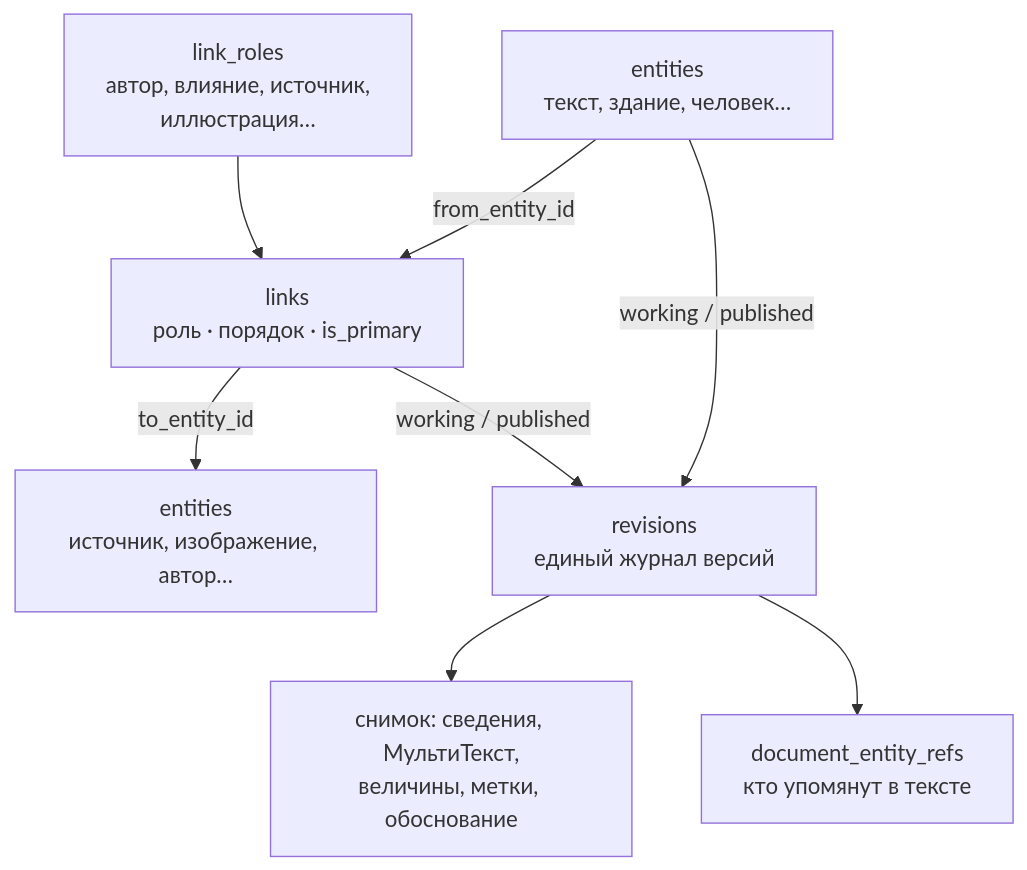
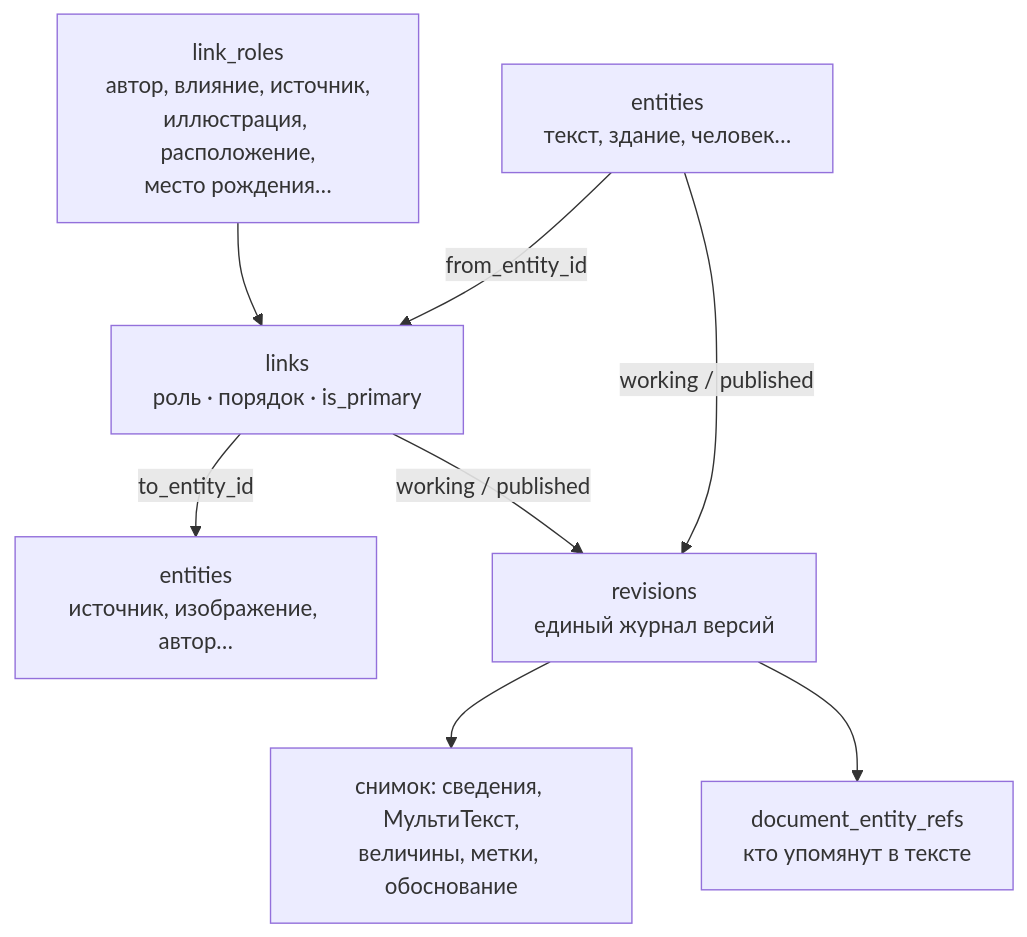
One commit to softom/2vhutemas2 changed the second of 3 diagrams in WIKI/Схема данных — единая диаграмма.md. Above: the diagram before and after it, drawn with Mermaid. The commit also changed other lines of this file and 1 other file, not shown here.

Commit message:
Место — сущность, отношение к месту — связь с причиной (Р-85)

````diff
--- a/WIKI/Схема данных — единая диаграмма.md
+++ b/WIKI/Схема данных — единая диаграмма.md
@@ -38,10 +37,10 @@
 ```mermaid
 flowchart TD
     E1["entities<br/>текст, здание, человек…"] -->|"from_entity_id"| L["links<br/>роль · порядок · is_primary"]
     L -->|"to_entity_id"| E2["entities<br/>источник, изображение, автор…"]
-    LR["link_roles<br/>автор, влияние, источник,<br/>иллюстрация…"] --> L
+    LR["link_roles<br/>автор, влияние, источник,<br/>иллюстрация, расположение,<br/>место рождения…"] --> L
     E1 -->|"working / published"| R["revisions<br/>единый журнал версий"]
     L -->|"working / published"| R
     R --> S["снимок: сведения, МультиТекст,<br/>величины, метки, обоснование"]
     R --> DR["document_entity_refs<br/>кто упомянут в тексте"]
 ```
````
